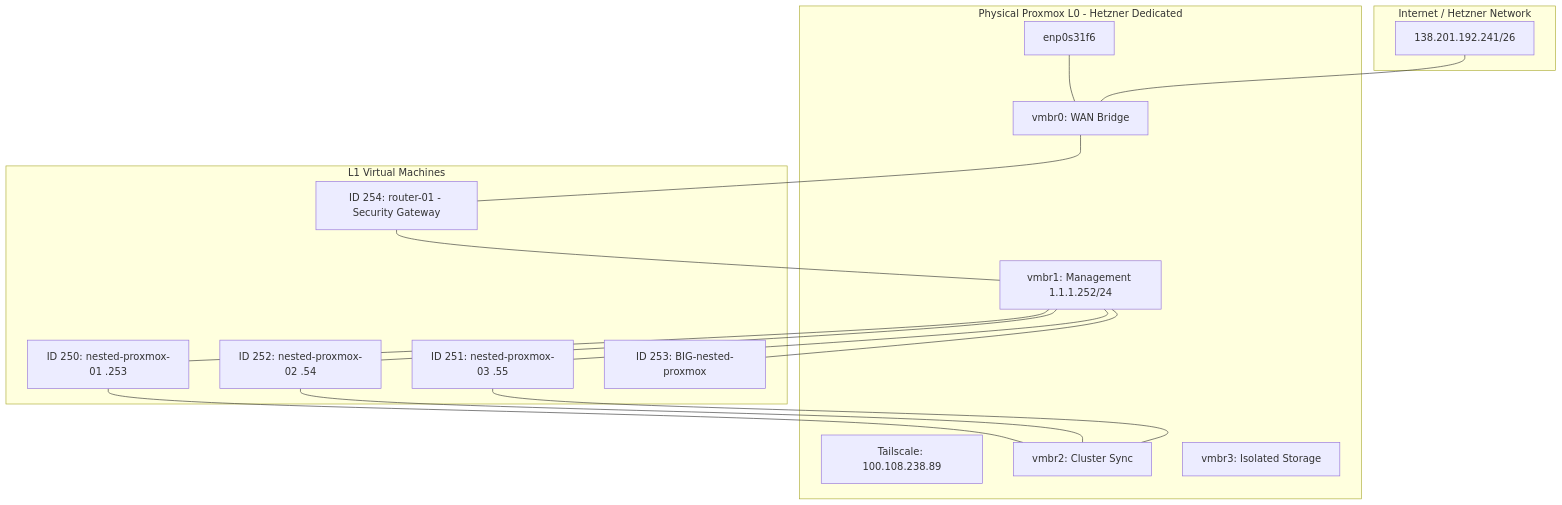
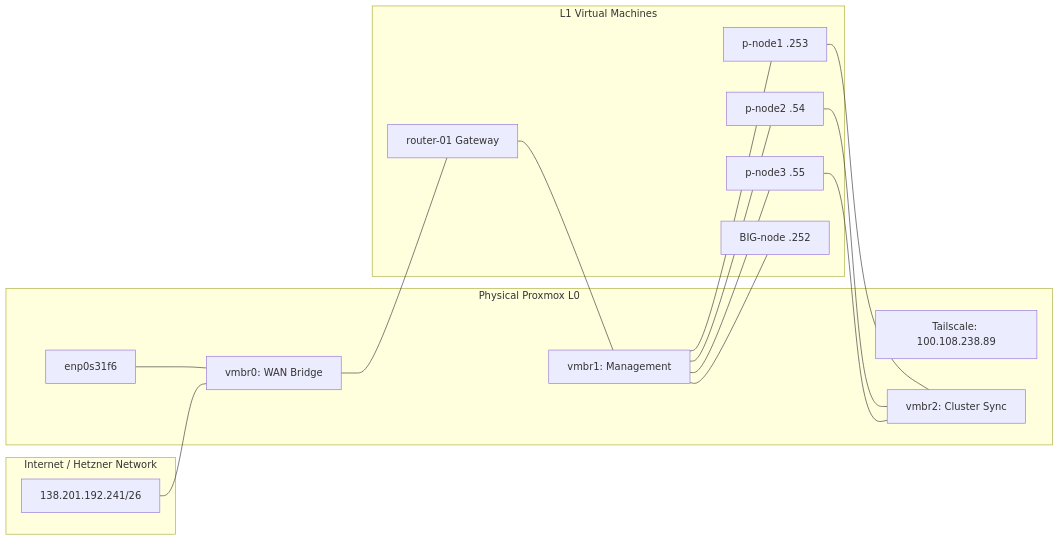
Before and after one commit to Konrad-Kaluszynski/Hybrid-Cloud-Lab: the diagram in README.md, drawn with Mermaid. The commit also changed other lines of this file, not shown here.

Commit message:
update [fedora]:  1 file changed, 10 insertions(+), 14 deletions(-)

````diff
--- a/README.md
+++ b/README.md
@@ -21,38 +20,35 @@
 ```mermaid
-graph TD
+graph LR
     subgraph Internet_Cloud [Internet / Hetzner Network]
         Public_IP[138.201.192.241/26]
     end
 
-    subgraph Physical_Host_L0 [Physical Proxmox L0 - Hetzner Dedicated]
-        enp[enp0s31f6] --- vmbr0
-        vmbr0[vmbr0: WAN Bridge]
+    subgraph Physical_Host_L0 [Physical Proxmox L0]
+        enp[enp0s31f6] --- vmbr0[vmbr0: WAN Bridge]
         ts[Tailscale: 100.108.238.89]
-        vmbr1[vmbr1: Management 1.1.1.252/24]
+        vmbr1[vmbr1: Management]
         vmbr2[vmbr2: Cluster Sync]
-        vmbr3[vmbr3: Isolated Storage]
     end
 
     subgraph L1_Virtual_Network [L1 Virtual Machines]
-        router[ID 254: router-01 - Security Gateway]
-        p-node1[ID 250: nested-proxmox-01 .253]
-        p-node2[ID 252: nested-proxmox-02 .54]
-        p-node3[ID 251: nested-proxmox-03 .55]
-        p-nodeB[ID 253: BIG-nested-proxmox]
+        router[router-01 Gateway]
+        p-node1[p-node1 .253]
+        p-node2[p-node2 .54]
+        p-node3[p-node3 .55]
+        p-nodeB[BIG-node .252]
     end
 
     %% Connections
     Public_IP --- vmbr0
     vmbr0 --- router
     router --- vmbr1
     vmbr1 --- p-node1
     vmbr1 --- p-node2
     vmbr1 --- p-node3
     vmbr1 --- p-nodeB
     
-    %% Multihome for Nested Nodes
+    %% Multihome
     p-node1 --- vmbr2
     p-node2 --- vmbr2
     p-node3 --- vmbr2
-
 ```
````
